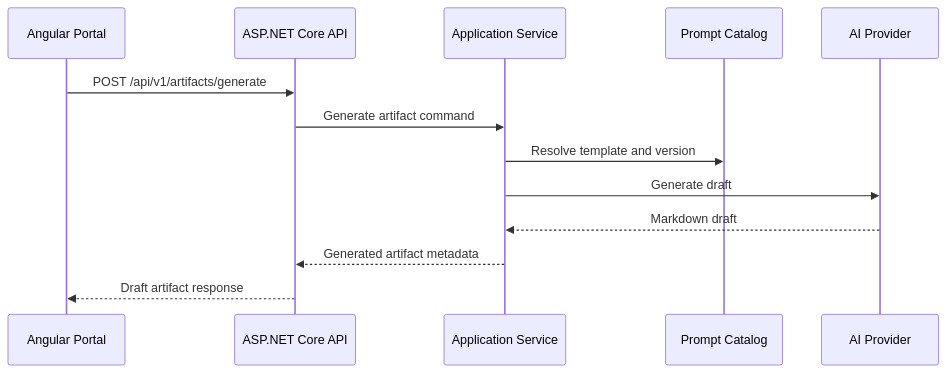
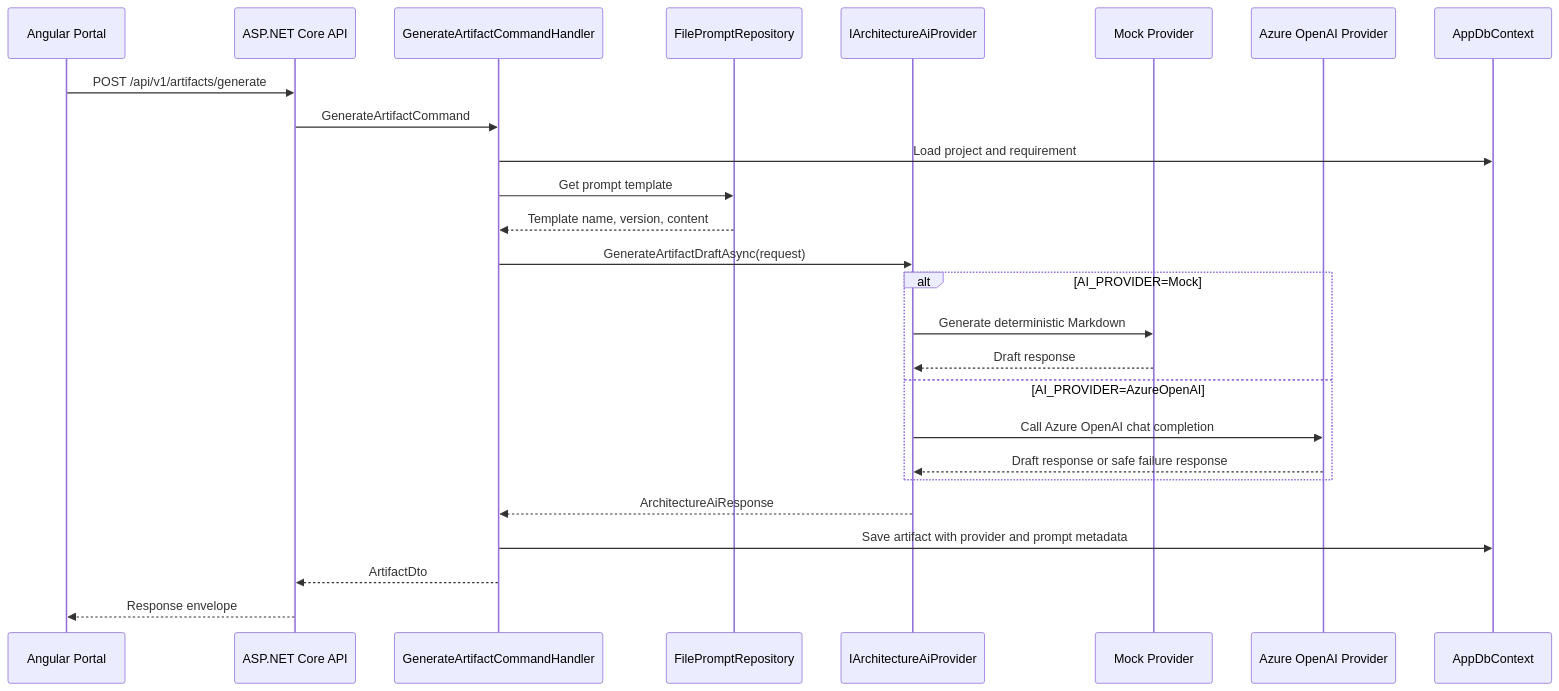
The diagram in architecture/diagrams/ai-provider-sequence.md (majikoushik/ai-assisted-architecture-governance), drawn with Mermaid before and after one commit. The commit also changed other lines of this file and 67 other files, not shown here.

````diff
--- a/architecture/diagrams/ai-provider-sequence.md
+++ b/architecture/diagrams/ai-provider-sequence.md
@@ -3,15 +3,29 @@
 ```mermaid
 sequenceDiagram
-    participant Web as Angular Portal
-    participant Api as ASP.NET Core API
-    participant App as Application Service
-    participant Prompt as Prompt Catalog
-    participant Provider as AI Provider
-    Web->>Api: POST /api/v1/artifacts/generate
-    Api->>App: Generate artifact command
-    App->>Prompt: Resolve template and version
-    App->>Provider: Generate draft
-    Provider-->>App: Markdown draft
-    App-->>Api: Generated artifact metadata
-    Api-->>Web: Draft artifact response
+    participant UI as Angular Portal
+    participant API as ASP.NET Core API
+    participant Handler as GenerateArtifactCommandHandler
+    participant Prompts as FilePromptRepository
+    participant Provider as IArchitectureAiProvider
+    participant Mock as Mock Provider
+    participant Azure as Azure OpenAI Provider
+    participant DB as AppDbContext
+
+    UI->>API: POST /api/v1/artifacts/generate
+    API->>Handler: GenerateArtifactCommand
+    Handler->>DB: Load project and requirement
+    Handler->>Prompts: Get prompt template
+    Prompts-->>Handler: Template name, version, content
+    Handler->>Provider: GenerateArtifactDraftAsync(request)
+    alt AI_PROVIDER=Mock
+        Provider->>Mock: Generate deterministic Markdown
+        Mock-->>Provider: Draft response
+    else AI_PROVIDER=AzureOpenAI
+        Provider->>Azure: Call Azure OpenAI chat completion
+        Azure-->>Provider: Draft response or safe failure response
+    end
+    Provider-->>Handler: ArchitectureAiResponse
+    Handler->>DB: Save artifact with provider and prompt metadata
+    Handler-->>API: ArtifactDto
+    API-->>UI: Response envelope
 ```
````
